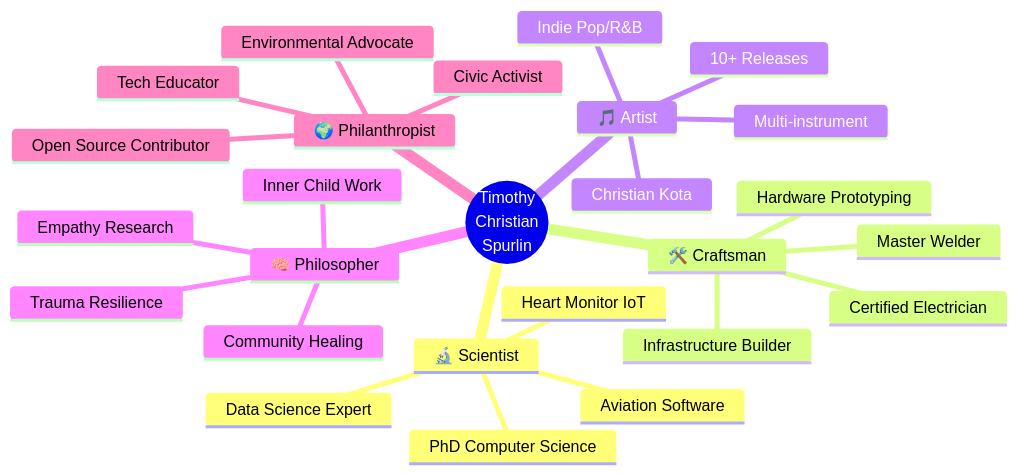
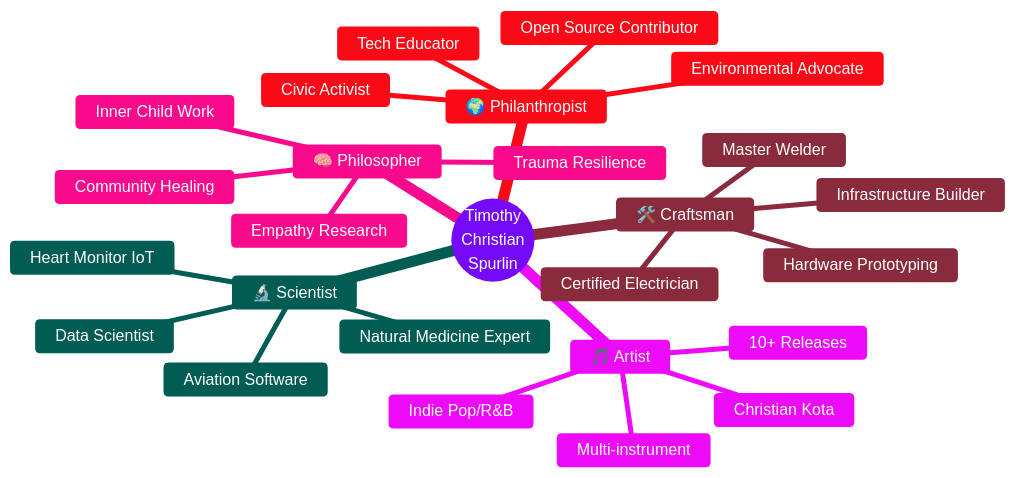
Before and after one commit to Tim-Spurlin/Christian-Kota-Contributions-Snapshot: the first of 11 diagrams in README.md, drawn with Mermaid.

Commit message:
Fix mermaid diagram: update text labels and improve dark mode visibility

````diff
--- a/README.md
+++ b/README.md
@@ -46,29 +46,30 @@
 ```mermaid
+%%{init: {'theme':'base', 'themeVariables': { 'primaryColor':'#bb86fc', 'primaryTextColor':'#ffffff', 'primaryBorderColor':'#7c4dff', 'lineColor':'#f5a623', 'secondaryColor':'#03dac6', 'tertiaryColor':'#cf6679', 'fontSize':'16px'}}}%%
 mindmap
   root((Timothy<br/>Christian<br/>Spurlin))
     🔬 Scientist
-      PhD Computer Science
-      Data Science Expert
+      Natural Medicine Expert
+      Data Scientist
       Aviation Software
       Heart Monitor IoT
     🛠️ Craftsman
       Master Welder
       Certified Electrician
       Hardware Prototyping
       Infrastructure Builder
     🎵 Artist
       Christian Kota
       Indie Pop/R&B
       Multi-instrument
       10+ Releases
     🧠 Philosopher
       Inner Child Work
       Trauma Resilience
       Empathy Research
       Community Healing
     🌍 Philanthropist
       Tech Educator
       Environmental Advocate
       Open Source Contributor
       Civic Activist
 ```
````
